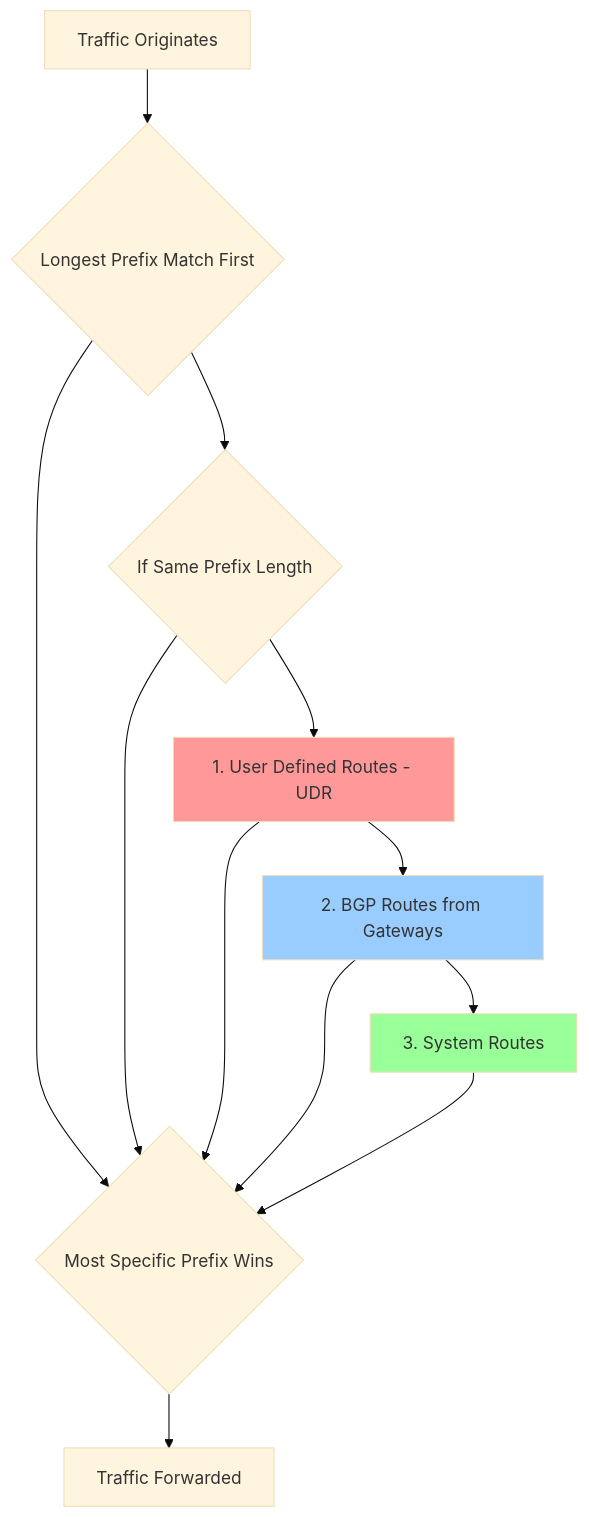
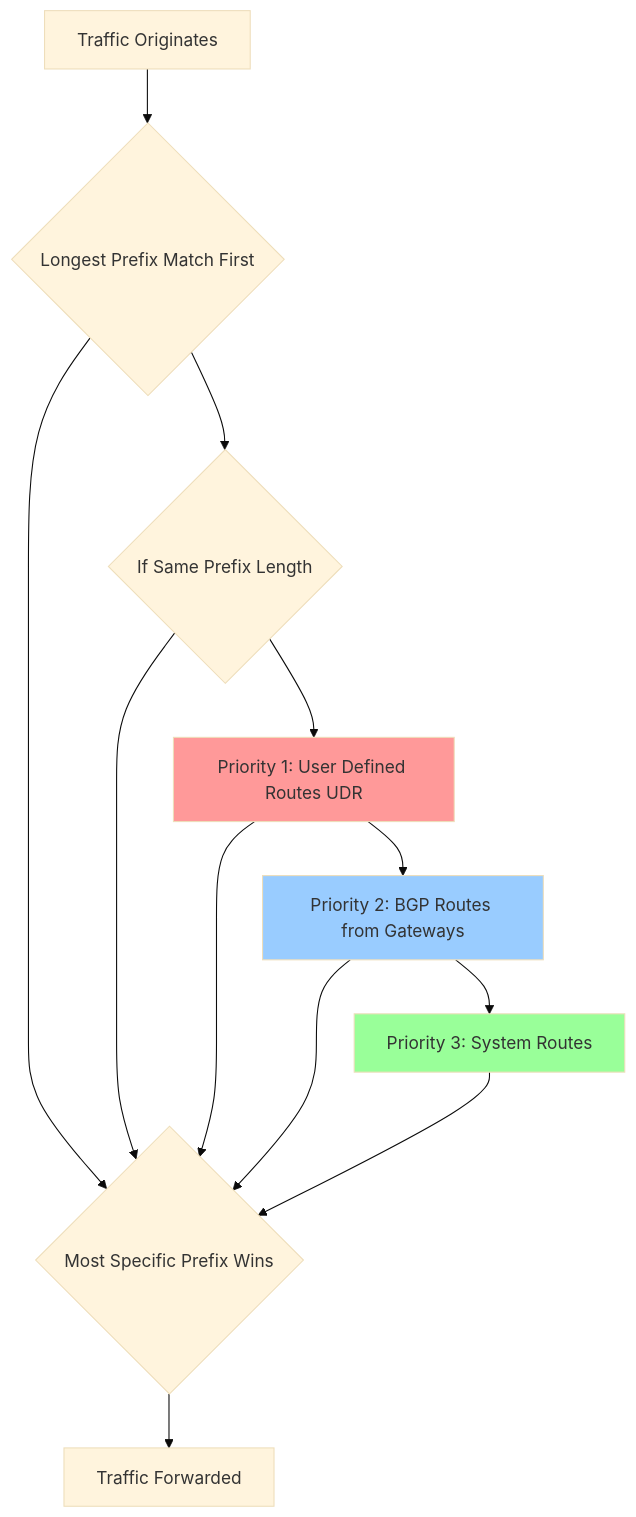
Before and after one commit to samirgonz/cloudarchitect-blog: the first of 13 diagrams in content/posts/azure-routing-rules-hybrid/index.md, drawn with Mermaid (base theme). The commit also changed other lines of this file, not shown here.

Commit message:
Fixing mermaid issue

````diff
--- a/content/posts/azure-routing-rules-hybrid/index.md
+++ b/content/posts/azure-routing-rules-hybrid/index.md
@@ -16,20 +16,20 @@
 ```mermaid
 graph TD
     A[Traffic Originates] --> B{Longest Prefix Match First}
     B --> C{If Same Prefix Length}
-    C --> D[1. User Defined Routes - UDR]
-    D --> E[2. BGP Routes from Gateways]
-    E --> F[3. System Routes]
+    C --> D[Priority 1: User Defined Routes UDR]
+    D --> E[Priority 2: BGP Routes from Gateways]
+    E --> F[Priority 3: System Routes]
     
     B --> G{Most Specific Prefix Wins}
     C --> G
     D --> G
     E --> G
     F --> G
     
     G --> H[Traffic Forwarded]
     
     style D fill:#ff9999
     style E fill:#99ccff
     style F fill:#99ff99
 ```
````
